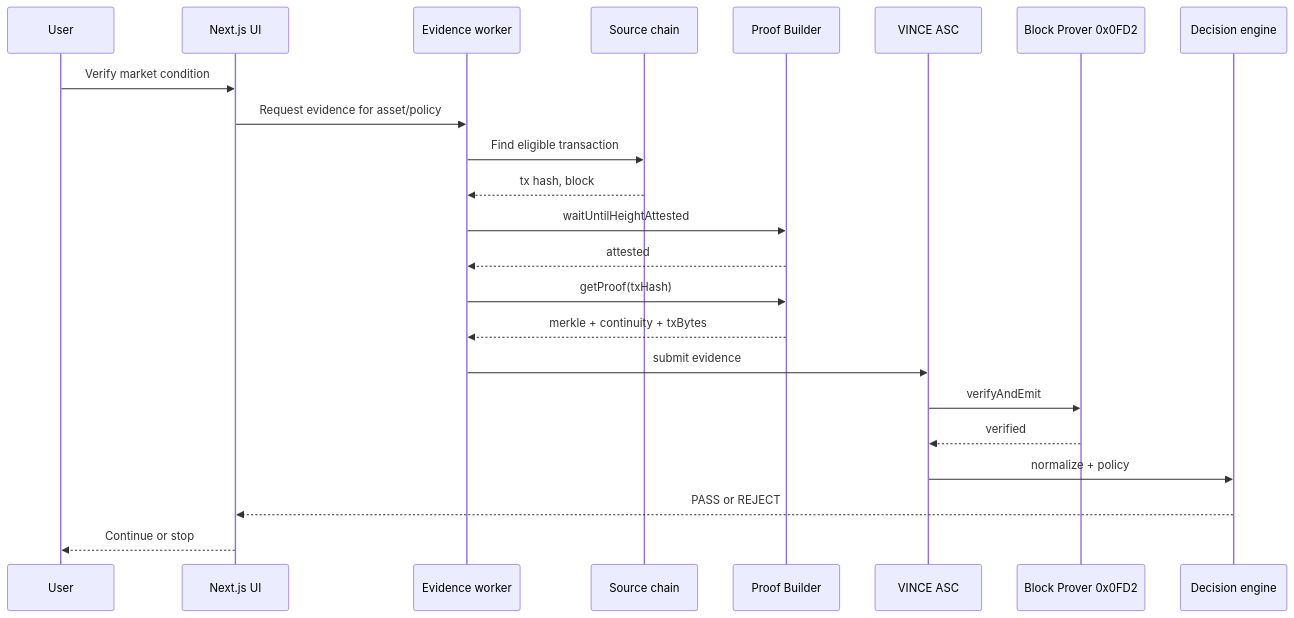
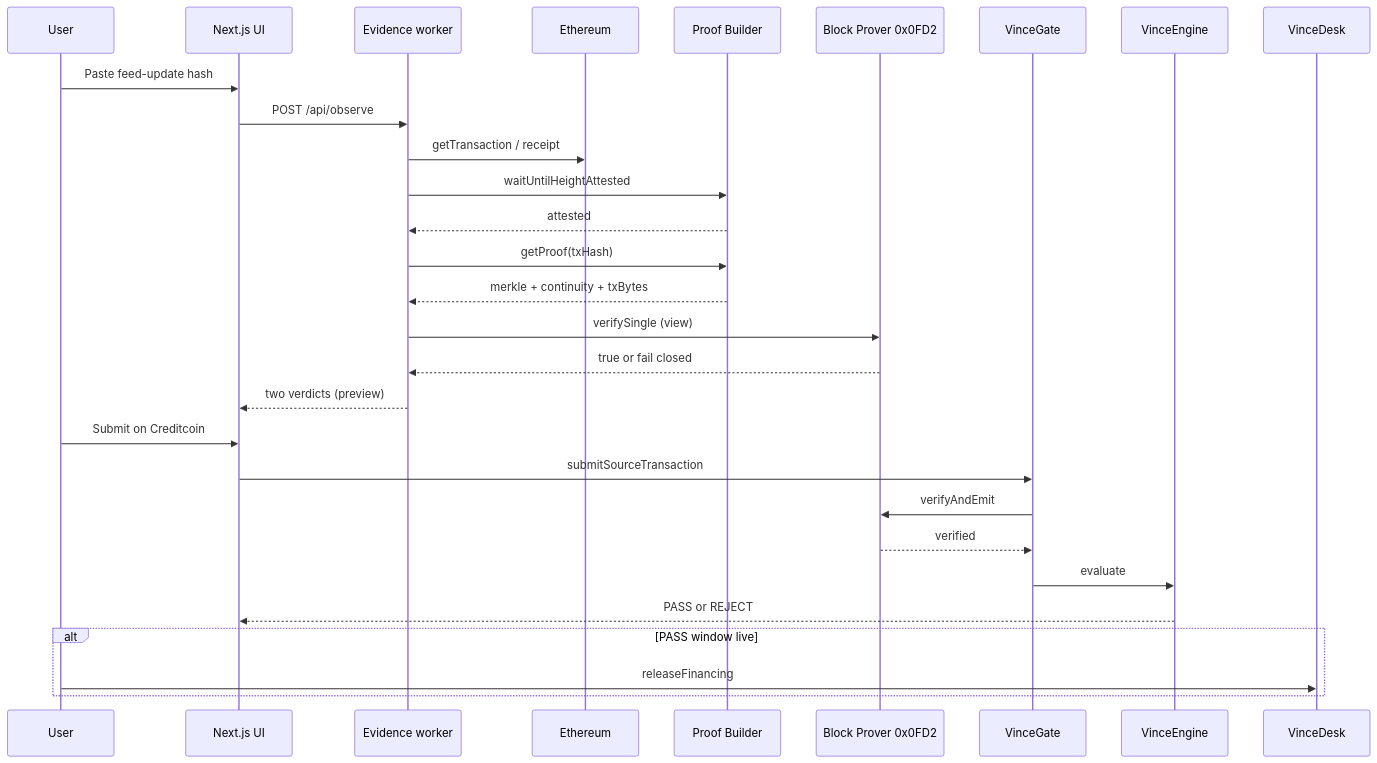
The second of 2 diagrams in docs/02-SYSTEM-ARCHITECTURE.md (godspowerufot/VINCE), drawn with Mermaid before and after one commit. The commit also changed other lines of this file and 73 other files, not shown here.

First line of the commit message:
Settle VINCE on Creditcoin Testnet with gate, desk, and wallet submit.

````diff
--- a/docs/02-SYSTEM-ARCHITECTURE.md
+++ b/docs/02-SYSTEM-ARCHITECTURE.md
@@ -171,26 +109,32 @@
 ```mermaid
 sequenceDiagram
   participant User
   participant UI as Next.js UI
   participant W as Evidence worker
-  participant Base as Source chain
+  participant Eth as Ethereum
   participant PB as Proof Builder
-  participant ASC as VINCE ASC
   participant PRE as Block Prover 0x0FD2
-  participant ENG as Decision engine
+  participant GATE as VinceGate
+  participant ENG as VinceEngine
+  participant DESK as VinceDesk
 
-  User->>UI: Verify market condition
-  UI->>W: Request evidence for asset/policy
-  W->>Base: Find eligible transaction
-  Base-->>W: tx hash, block
+  User->>UI: Paste feed-update hash
+  UI->>W: POST /api/observe
+  W->>Eth: getTransaction / receipt
   W->>PB: waitUntilHeightAttested
   PB-->>W: attested
   W->>PB: getProof(txHash)
   PB-->>W: merkle + continuity + txBytes
-  W->>ASC: submit evidence
-  ASC->>PRE: verifyAndEmit
-  PRE-->>ASC: verified
-  ASC->>ENG: normalize + policy
+  W->>PRE: verifySingle (view)
+  PRE-->>W: true or fail closed
+  W-->>UI: two verdicts (preview)
+  User->>UI: Submit on Creditcoin
+  UI->>GATE: submitSourceTransaction
+  GATE->>PRE: verifyAndEmit
+  PRE-->>GATE: verified
+  GATE->>ENG: evaluate
   ENG-->>UI: PASS or REJECT
-  UI-->>User: Continue or stop
+  alt PASS window live
+    User->>DESK: releaseFinancing
+  end
 ```
````
